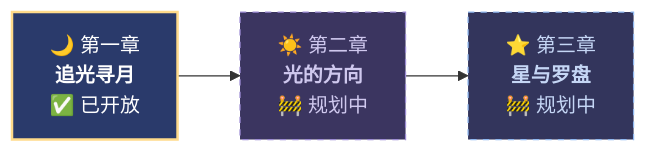
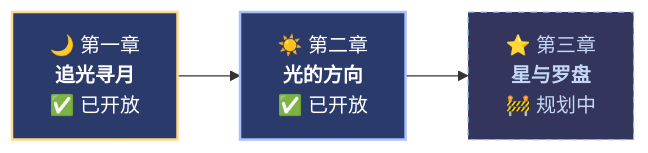
The diagram in README.md (crazykun/sky-compass), drawn with Mermaid before and after one commit. The commit also changed other lines of this file and 10 other files, not shown here.

First line of the commit message:
第二章「光的方向」上线：太阳的一天 + 八方方位卡 + 辨向闯关

````diff
--- a/README.md
+++ b/README.md
@@ -27,8 +27,8 @@
 ```mermaid
 flowchart LR
-    A["🌙 第一章<br/><b>追光寻月</b><br/>✅ 已开放"] --> B["☀️ 第二章<br/><b>光的方向</b><br/>🚧 规划中"]
+    A["🌙 第一章<br/><b>追光寻月</b><br/>✅ 已开放"] --> B["☀️ 第二章<br/><b>光的方向</b><br/>✅ 已开放"]
     B --> C["⭐ 第三章<br/><b>星与罗盘</b><br/>🚧 规划中"]
     style A fill:#2a3a6b,stroke:#ffda8a,color:#ffffff,stroke-width:2px
-    style B fill:#3b3560,stroke:#9c8bd4,stroke-dasharray:5 5,color:#cfc8ee
+    style B fill:#2a3a6b,stroke:#a9c0ff,color:#ffffff,stroke-width:2px
     style C fill:#33355c,stroke:#8fb8f0,stroke-dasharray:5 5,color:#c5d6f5
 ```
````
